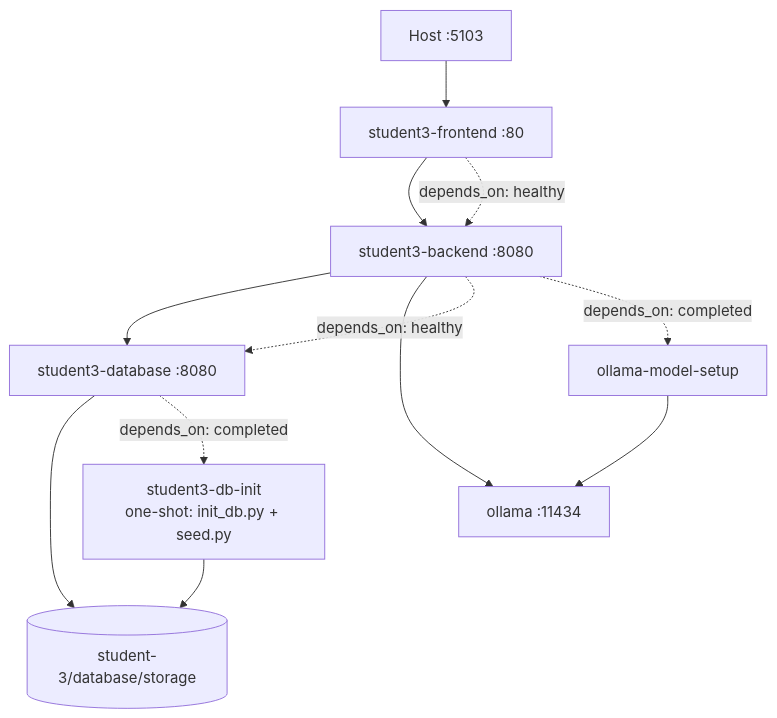
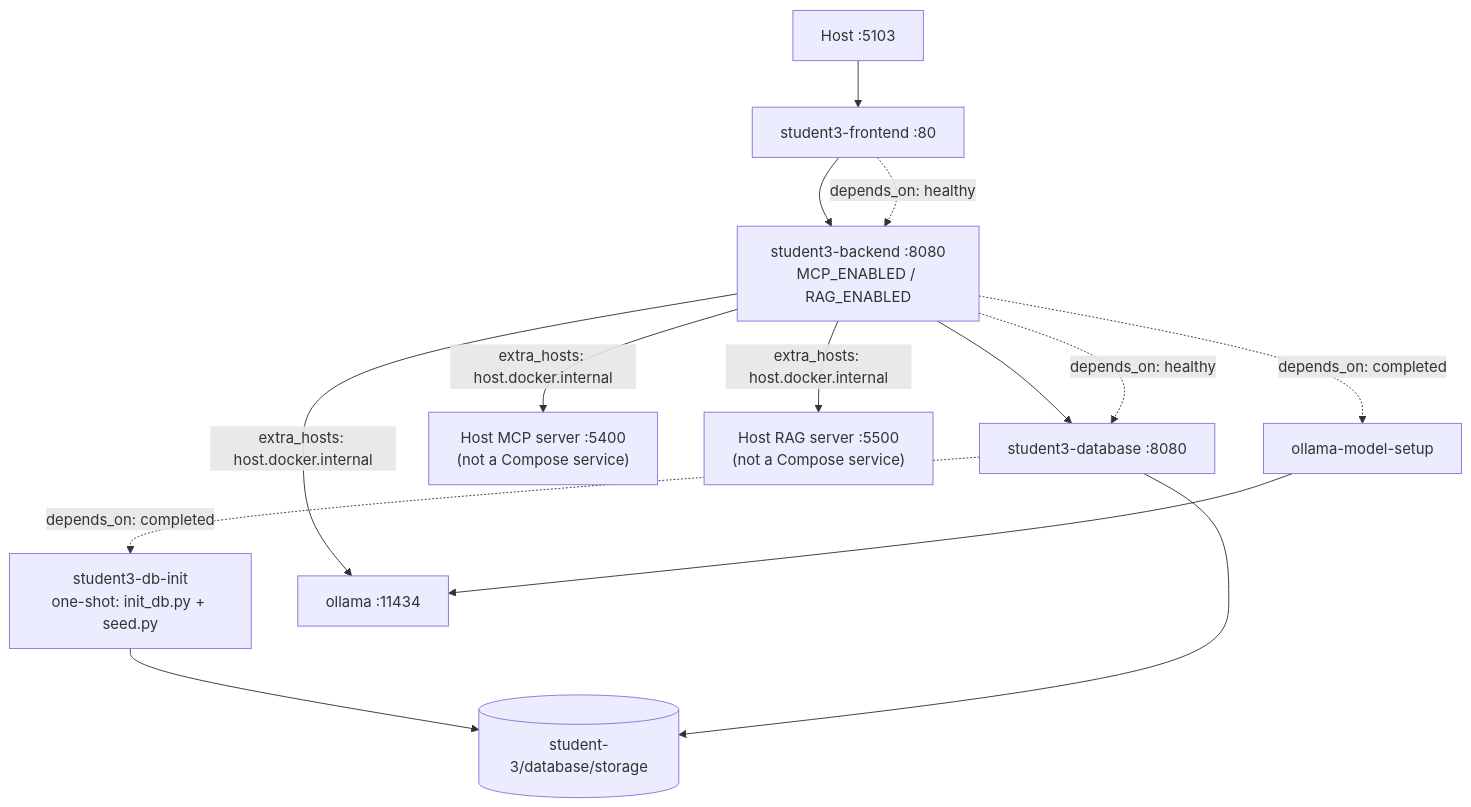
The eighth of 11 diagrams in student-3/docs/architecture.md (LucLeMoenic/Advanced-Software-Development-Project), drawn with Mermaid before and after one commit. The commit also changed other lines of this file and 6 other files, not shown here.

````diff
--- a/student-3/docs/architecture.md
+++ b/student-3/docs/architecture.md
@@ -103,14 +222,16 @@
 ```mermaid
 flowchart TB
     P5103[Host :5103] --> S3F[student3-frontend :80]
-    S3F --> S3B[student3-backend :8080]
+    S3F --> S3B["student3-backend :8080<br/>MCP_ENABLED / RAG_ENABLED"]
     S3B --> S3D[student3-database :8080]
     INIT[student3-db-init<br/>one-shot: init_db.py + seed.py] --> V[(student-3/database/storage)]
     S3D --> V
-    S3B --> OL[ollama :11434]
+    S3B -->|extra_hosts: host.docker.internal| OL[ollama :11434]
+    S3B -->|extra_hosts: host.docker.internal| MCPH["Host MCP server :5400<br/>(not a Compose service)"]
+    S3B -->|extra_hosts: host.docker.internal| RAGH["Host RAG server :5500<br/>(not a Compose service)"]
     MS[ollama-model-setup] --> OL
     S3F -. depends_on: healthy .-> S3B
     S3B -. depends_on: healthy .-> S3D
     S3D -. depends_on: completed .-> INIT
     S3B -. depends_on: completed .-> MS
 ```
````
